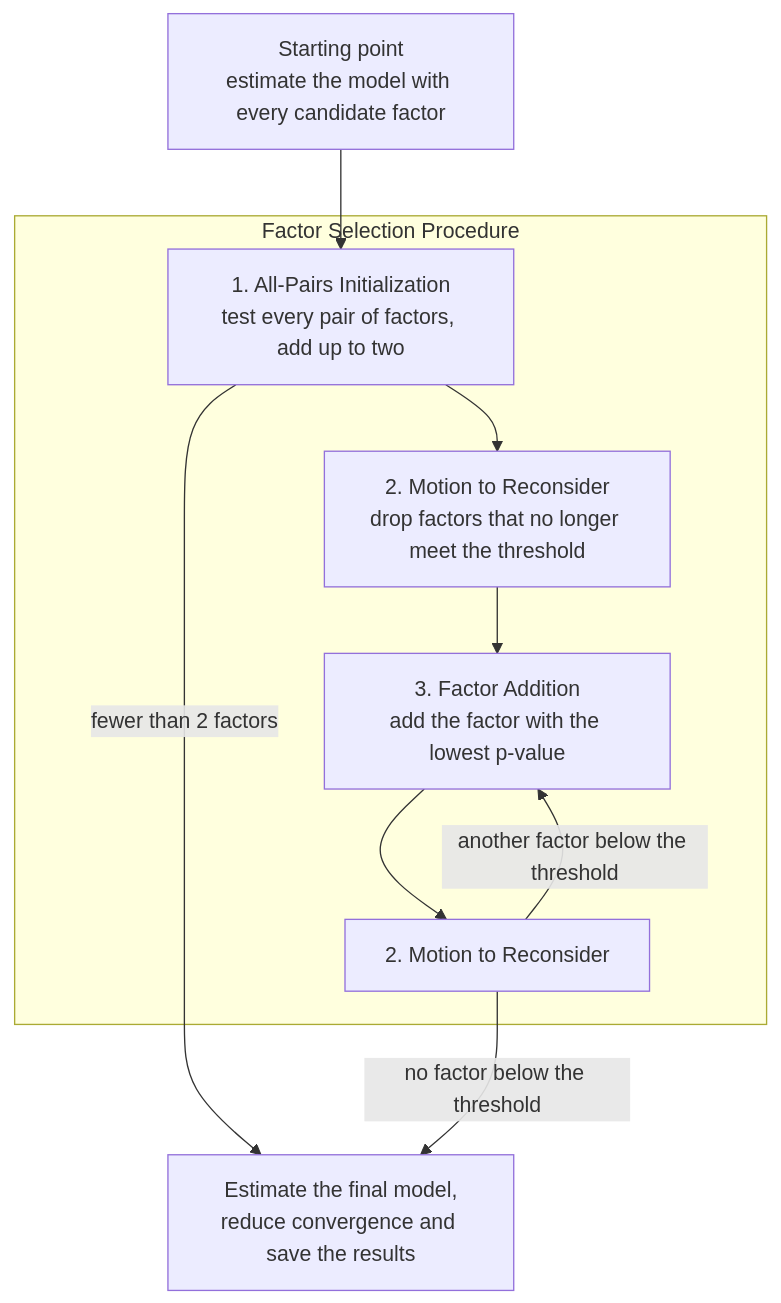
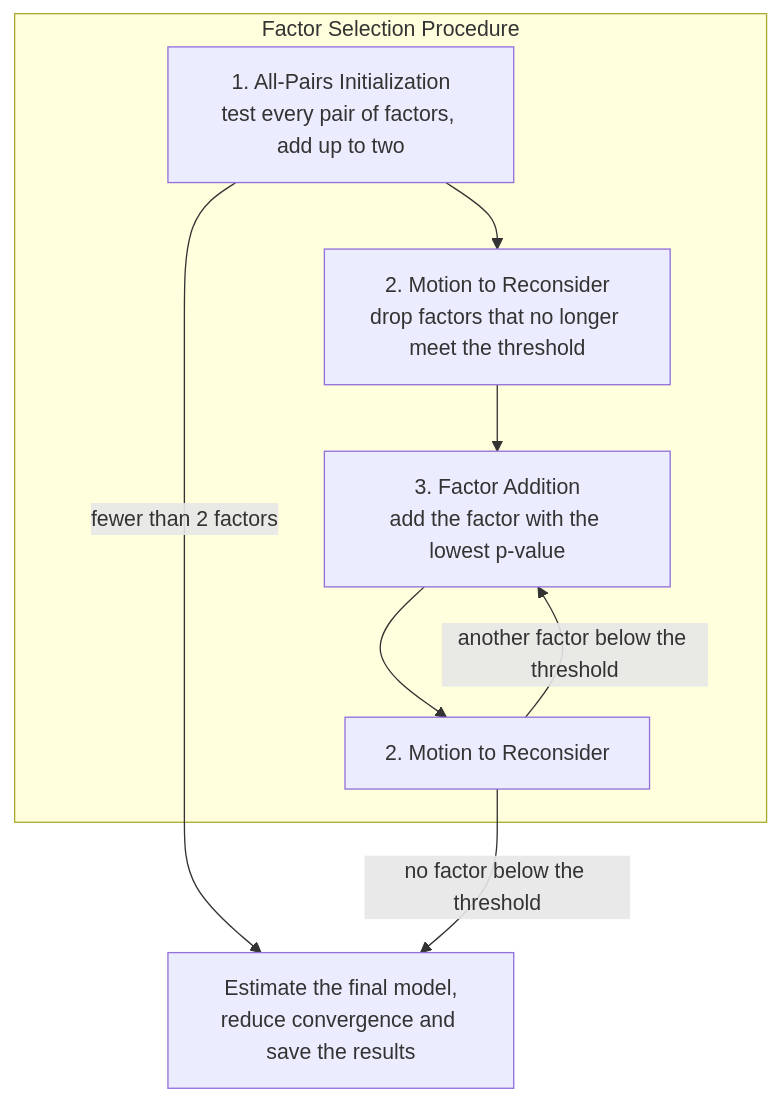
Before and after one commit to emma-garrison/FactorSelectionProcedure: the diagram in README.md, drawn with Mermaid. The commit also changed other lines of this file and 4 other files, not shown here.

````diff
--- a/README.md
+++ b/README.md
@@ -11,12 +11,11 @@
 ```mermaid
 flowchart TD
-    S[Starting point<br/>estimate the model with every candidate factor] --> A
     subgraph P[Factor Selection Procedure]
         A[1. All-Pairs Initialization<br/>test every pair of factors, add up to two] --> M1[2. Motion to Reconsider<br/>drop factors that no longer meet the threshold]
         M1 --> F[3. Factor Addition<br/>add the factor with the lowest p-value]
         F --> M2[2. Motion to Reconsider]
         M2 -- another factor below the threshold --> F
     end
     A -- fewer than 2 factors --> R
     M2 -- no factor below the threshold --> R[Estimate the final model,<br/>reduce convergence and save the results]
 ```
````
